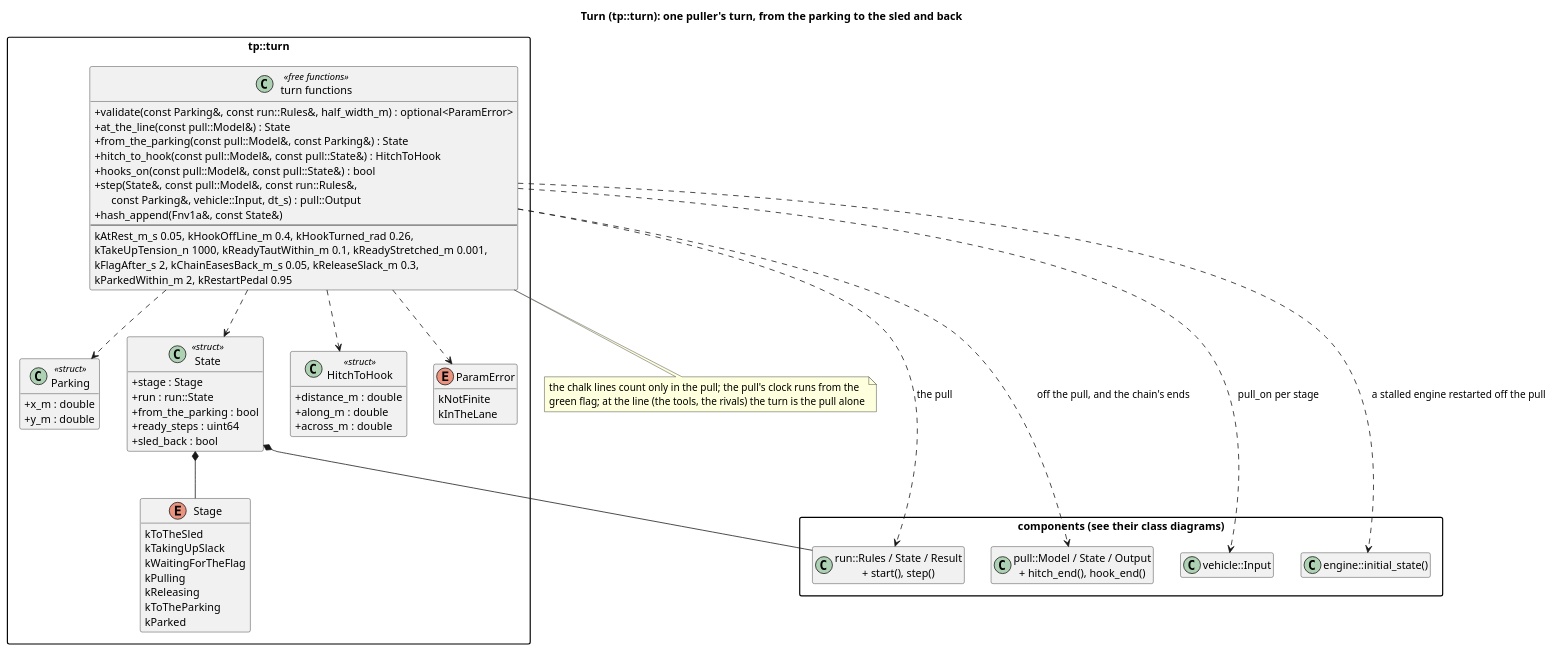
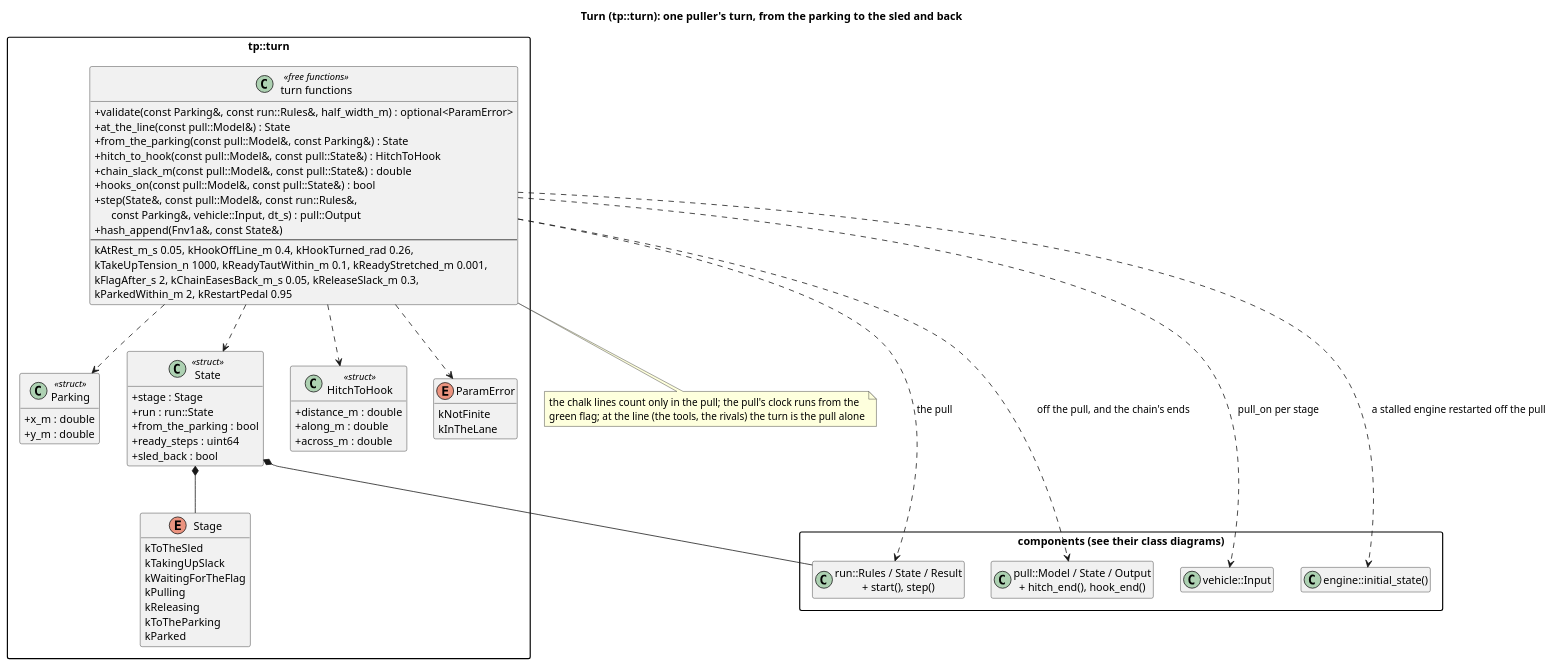
The diagram in docs/diagrams/turn_classes.puml (wversteeg/TractorPulling), drawn with PlantUML before and after one commit. The commit also changed 25 other files, not shown here.

First line of the commit message:
Let a stretched chain roll a tractor with the clutch pressed back, guide taking up the slack

```diff
--- a/docs/diagrams/turn_classes.puml
+++ b/docs/diagrams/turn_classes.puml
@@ -1,73 +1,74 @@
 @startuml turn_classes
 title Turn (tp::turn): one puller's turn, from the parking to the sled and back
 hide empty members
 skinparam packageStyle rectangle
 skinparam classAttributeIconSize 0
 
 package "components (see their class diagrams)" {
   class "run::Rules / State / Result\n+ start(), step()" as Run
   class "pull::Model / State / Output\n+ hitch_end(), hook_end()" as Pull
   class "vehicle::Input" as Input
   class "engine::initial_state()" as Engine
 }
 
 package "tp::turn" {
   enum Stage {
     kToTheSled
     kTakingUpSlack
     kWaitingForTheFlag
     kPulling
     kReleasing
     kToTheParking
     kParked
   }
   class Parking <<struct>> {
     +x_m : double
     +y_m : double
   }
   class State <<struct>> {
     +stage : Stage
     +run : run::State
     +from_the_parking : bool
     +ready_steps : uint64
     +sled_back : bool
   }
   class HitchToHook <<struct>> {
     +distance_m : double
     +along_m : double
     +across_m : double
   }
   enum ParamError {
     kNotFinite
     kInTheLane
   }
   class "turn functions" as TurnFns <<free functions>> {
     +validate(const Parking&, const run::Rules&, half_width_m) : optional<ParamError>
     +at_the_line(const pull::Model&) : State
     +from_the_parking(const pull::Model&, const Parking&) : State
     +hitch_to_hook(const pull::Model&, const pull::State&) : HitchToHook
+    +chain_slack_m(const pull::Model&, const pull::State&) : double
     +hooks_on(const pull::Model&, const pull::State&) : bool
     +step(State&, const pull::Model&, const run::Rules&,\n      const Parking&, vehicle::Input, dt_s) : pull::Output
     +hash_append(Fnv1a&, const State&)
     --
     kAtRest_m_s 0.05, kHookOffLine_m 0.4, kHookTurned_rad 0.26,
     kTakeUpTension_n 1000, kReadyTautWithin_m 0.1, kReadyStretched_m 0.001,
     kFlagAfter_s 2, kChainEasesBack_m_s 0.05, kReleaseSlack_m 0.3,
     kParkedWithin_m 2, kRestartPedal 0.95
   }
   State *-- Stage
   TurnFns ..> State
   TurnFns ..> Parking
   TurnFns ..> HitchToHook
   TurnFns ..> ParamError
 }
 State *-- Run
 TurnFns ..> Run : the pull
 TurnFns ..> Pull : off the pull, and the chain's ends
 TurnFns ..> Input : pull_on per stage
 TurnFns ..> Engine : a stalled engine restarted off the pull
 note bottom of TurnFns
   the chalk lines count only in the pull; the pull's clock runs from the
   green flag; at the line (the tools, the rivals) the turn is the pull alone
 end note
 @enduml
```
